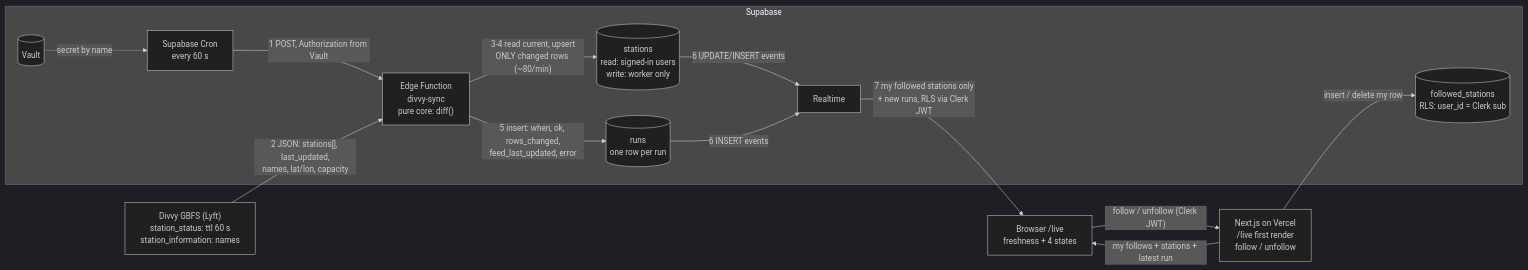
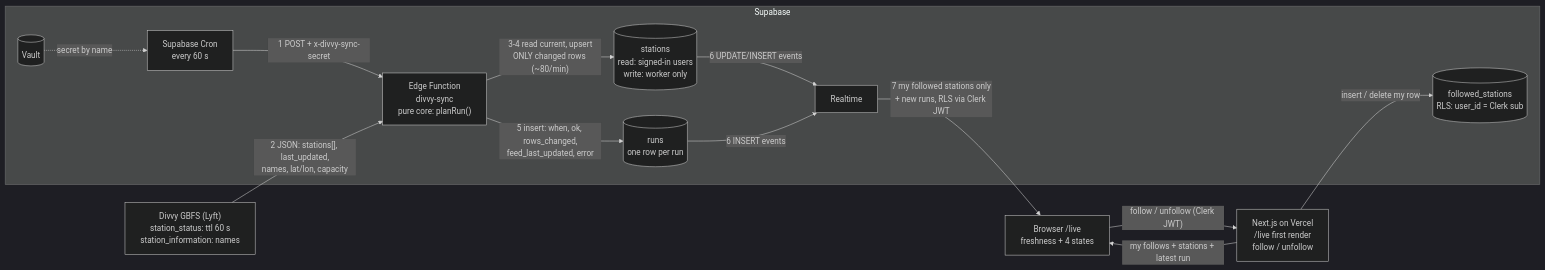
One commit to araufnasir/mpcs-51238-assignment-5 changed the diagram in docs/data-flow.md. Above: the diagram before and after it, drawn with Mermaid (dark theme). The commit also changed other lines of this file, not shown here.

Commit message:
docs/data-flow.md: match the README on the cron header and stale state
The cron call sends x-divvy-sync-secret (not Authorization), the core is
planRun(), and a stale worker clock names the worker.

````diff
--- a/docs/data-flow.md
+++ b/docs/data-flow.md
@@ -5,29 +5,29 @@
 ```mermaid
 flowchart LR
     DIVVY["Divvy GBFS (Lyft)<br/>station_status: ttl 60 s<br/>station_information: names"]
 
     subgraph Supabase
         VAULT[("Vault")]
         CRON["Supabase Cron<br/>every 60 s"]
-        EF["Edge Function<br/>divvy-sync<br/>pure core: diff()"]
+        EF["Edge Function<br/>divvy-sync<br/>pure core: planRun()"]
         ST[("stations<br/>read: signed-in users<br/>write: worker only")]
         RUNS[("runs<br/>one row per run")]
         FOL[("followed_stations<br/>RLS: user_id = Clerk sub")]
         RT["Realtime"]
     end
 
     NX["Next.js on Vercel<br/>/live first render<br/>follow / unfollow"]
     BR["Browser /live<br/>freshness + 4 states"]
 
     VAULT -. "secret by name" .-> CRON
-    CRON -- "1 POST, Authorization from Vault" --> EF
+    CRON -- "1 POST + x-divvy-sync-secret" --> EF
     DIVVY -- "2 JSON: stations[], last_updated,<br/>names, lat/lon, capacity" --> EF
     EF -- "3-4 read current, upsert<br/>ONLY changed rows (~80/min)" --> ST
     EF -- "5 insert: when, ok, rows_changed,<br/>feed_last_updated, error" --> RUNS
     ST -- "6 UPDATE/INSERT events" --> RT
     RUNS -- "6 INSERT events" --> RT
     RT -- "7 my followed stations only<br/>+ new runs, RLS via Clerk JWT" --> BR
     BR -- "follow / unfollow (Clerk JWT)" --> NX
     NX -- "insert / delete my row" --> FOL
     NX -- "my follows + stations + latest run" --> BR
 ```
````
